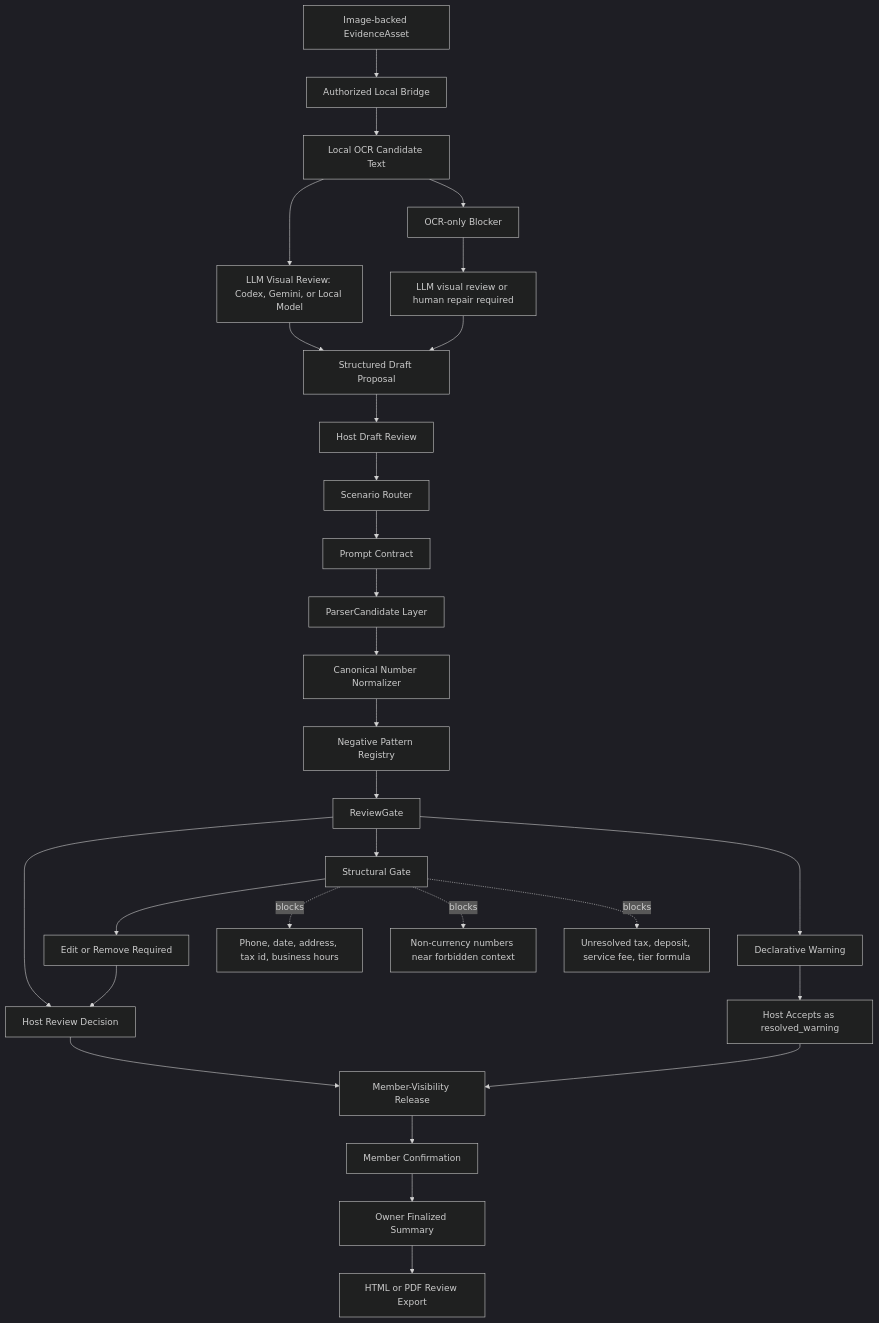
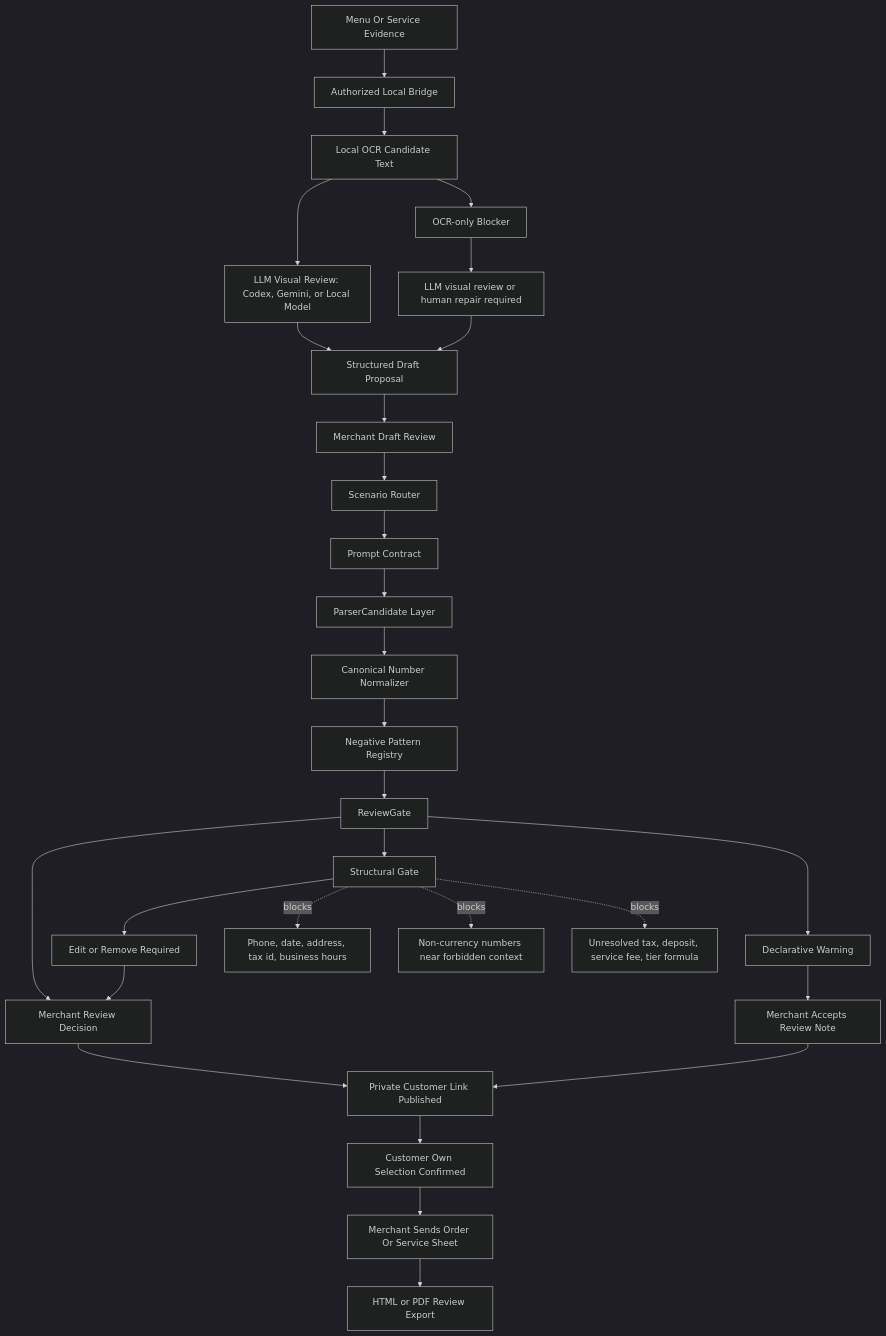
One commit to jiarong0423/shared-room-mcp changed the second of 2 diagrams in docs/architecture/ADAPTIVE_CONTRACT_MCP.md. Above: the diagram before and after it, drawn with Mermaid (dark theme). The commit also changed other lines of this file and 11 other files, not shown here.

Commit message:
Refine commercial WebMCP room flow

````diff
--- a/docs/architecture/ADAPTIVE_CONTRACT_MCP.md
+++ b/docs/architecture/ADAPTIVE_CONTRACT_MCP.md
@@ -75,35 +77,35 @@
 ```mermaid
 flowchart TD
-  L0[Image-backed EvidenceAsset] --> B0[Authorized Local Bridge]
+  L0[Menu Or Service Evidence] --> B0[Authorized Local Bridge]
   B0 --> B1[Local OCR Candidate Text]
   B1 --> B2[LLM Visual Review: Codex, Gemini, or Local Model]
   B2 --> B3[Structured Draft Proposal]
-  B3 --> L1[Host Draft Review]
+  B3 --> L1[Merchant Draft Review]
   L1 --> L2[Scenario Router]
   L2 --> L3[Prompt Contract]
   L3 --> L4[ParserCandidate Layer]
   L4 --> L5[Canonical Number Normalizer]
   L5 --> L6[Negative Pattern Registry]
   L6 --> L7[ReviewGate]
-  L7 --> L8[Host Review Decision]
-  L8 --> L9[Member-Visibility Release]
-  L9 --> L10[Member Confirmation]
-  L10 --> L11[Owner Finalized Summary]
+  L7 --> L8[Merchant Review Decision]
+  L8 --> L9[Private Customer Link Published]
+  L9 --> L10[Customer Own Selection Confirmed]
+  L10 --> L11[Merchant Sends Order Or Service Sheet]
   L11 --> L12[HTML or PDF Review Export]
 
   L7 --> W[Declarative Warning]
-  W --> RW[Host Accepts as resolved_warning]
+  W --> RW[Merchant Accepts Review Note]
   RW --> L9
 
   B1 --> OB[OCR-only Blocker]
   OB --> HR[LLM visual review or human repair required]
   HR --> B3
 
   L7 --> S[Structural Gate]
   S --> ER[Edit or Remove Required]
   ER --> L8
 
   S -. blocks .-> RISK[Phone, date, address, tax id, business hours]
   S -. blocks .-> RISK_NON_CURRENCY[Non-currency numbers near forbidden context]
   S -. blocks .-> RISK_FORMULA[Unresolved tax, deposit, service fee, tier formula]
 ```
````
